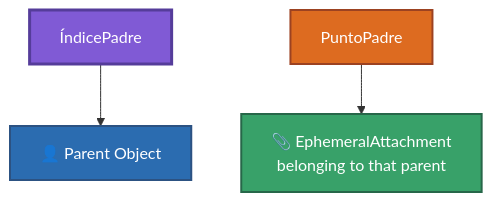
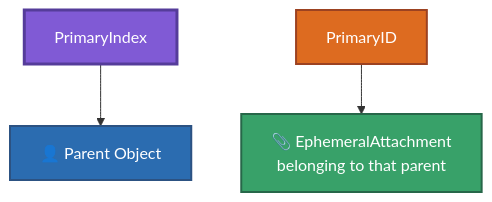
The ninth of 10 diagrams in format/indexing.md (JuanCrakYT/RtG-Format), drawn with Mermaid before and after one commit. The commit also changed other lines of this file and 2 other files, not shown here.

Commit message:
identifiers.md doned and remixing the mermaids

````diff
--- a/format/indexing.md
+++ b/format/indexing.md
@@ -387,15 +457,15 @@
 ```mermaid
 flowchart TD
-    INDEX["ÍndicePadre"] --> PARENT["👤 Parent Object"]
-    POINT["PuntoPadre"] --> EPHEMERAL["📎 EphemeralAttachment<br/>belonging to that parent"]
+    INDEX["PrimaryIndex"] --> PARENT["👤 Parent Object"]
+    POINT["PrimaryID"] --> EPHEMERAL["📎 EphemeralAttachment<br/>belonging to that parent"]
 
     classDef index fill:#805ad5,color:#fff,stroke:#553c9a,stroke-width:3px;
     classDef point fill:#dd6b20,color:#fff,stroke:#9c4221,stroke-width:2px;
     classDef parent fill:#2b6cb0,color:#fff,stroke:#2c5282,stroke-width:2px;
     classDef attachment fill:#38a169,color:#fff,stroke:#276749,stroke-width:2px;
 
     class INDEX index;
     class POINT point;
     class PARENT parent;
     class EPHEMERAL attachment;
 ```
````
